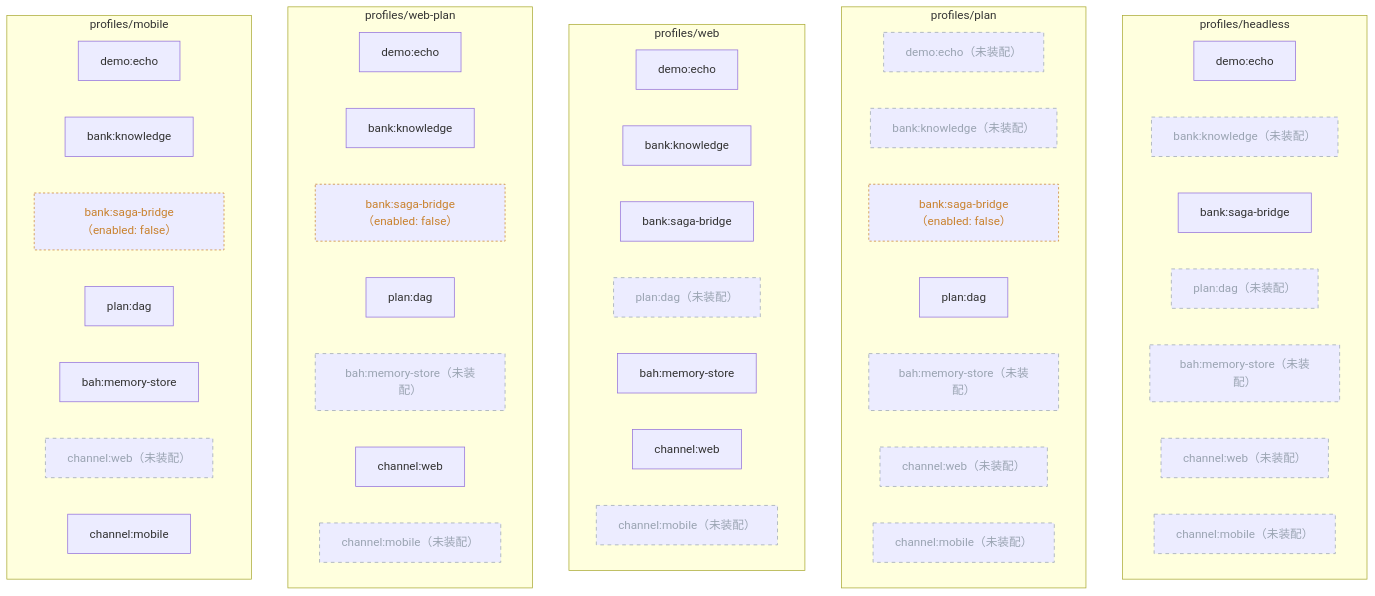
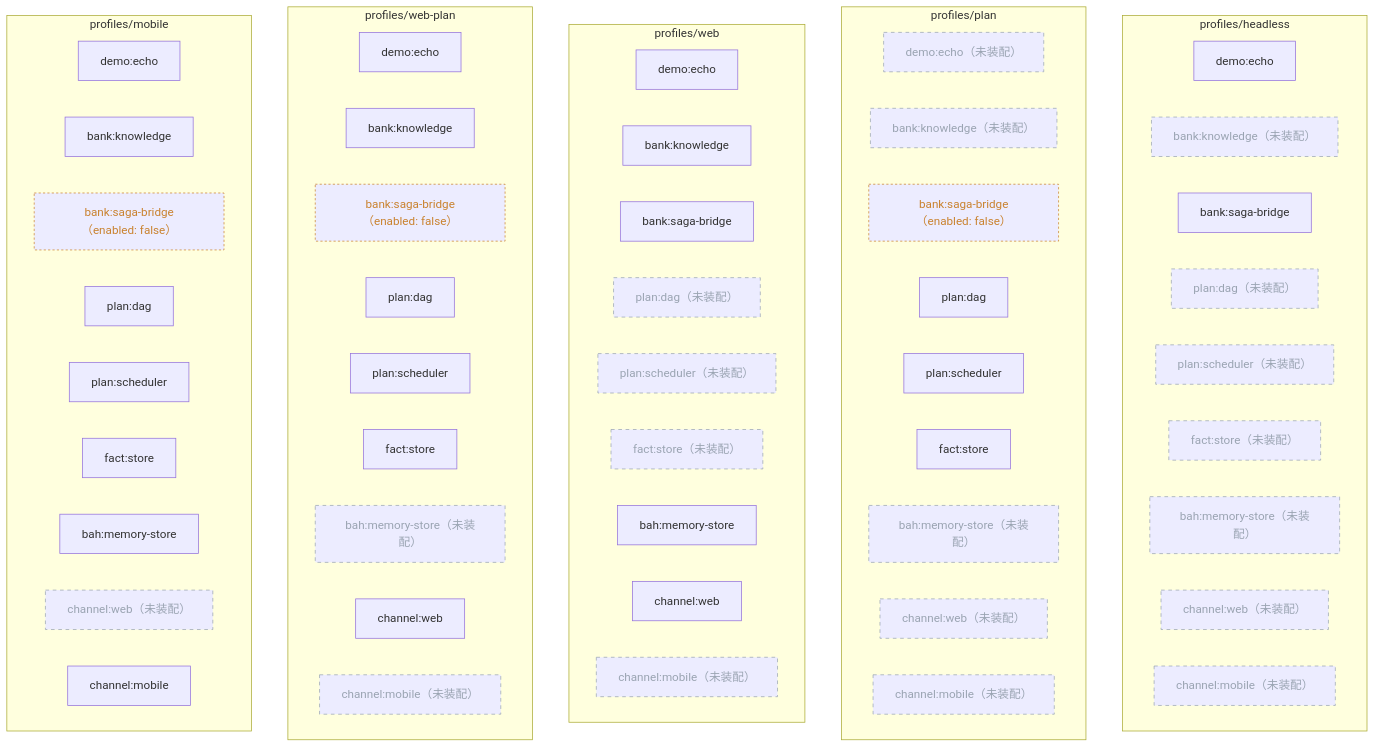
Before and after one commit to YYYPROBEE/BAH: the second of 2 diagrams in docs/architecture.md, drawn with Mermaid. The commit also changed other lines of this file and 93 other files, not shown here.

````diff
--- a/docs/architecture.md
+++ b/docs/architecture.md
@@ -198,52 +205,62 @@
 ```mermaid
 graph TB
   subgraph P_headless["profiles/headless"]
     p8_headless["demo:echo"]
     p11_headless["bank:knowledge（未装配）"]
     p19_headless["bank:saga-bridge"]
     p20_headless["plan:dag（未装配）"]
-    p21_headless["bah:memory-store（未装配）"]
-    p24_headless["channel:web（未装配）"]
-    p25_headless["channel:mobile（未装配）"]
+    p21_headless["plan:scheduler（未装配）"]
+    p22_headless["fact:store（未装配）"]
+    p23_headless["bah:memory-store（未装配）"]
+    p26_headless["channel:web（未装配）"]
+    p27_headless["channel:mobile（未装配）"]
   end
   subgraph P_plan["profiles/plan"]
     p8_plan["demo:echo（未装配）"]
     p11_plan["bank:knowledge（未装配）"]
     p19_plan["bank:saga-bridge（enabled: false）"]
     p20_plan["plan:dag"]
-    p21_plan["bah:memory-store（未装配）"]
-    p24_plan["channel:web（未装配）"]
-    p25_plan["channel:mobile（未装配）"]
+    p21_plan["plan:scheduler"]
+    p22_plan["fact:store"]
+    p23_plan["bah:memory-store（未装配）"]
+    p26_plan["channel:web（未装配）"]
+    p27_plan["channel:mobile（未装配）"]
   end
   subgraph P_web["profiles/web"]
     p8_web["demo:echo"]
     p11_web["bank:knowledge"]
     p19_web["bank:saga-bridge"]
     p20_web["plan:dag（未装配）"]
-    p21_web["bah:memory-store"]
-    p24_web["channel:web"]
-    p25_web["channel:mobile（未装配）"]
+    p21_web["plan:scheduler（未装配）"]
+    p22_web["fact:store（未装配）"]
+    p23_web["bah:memory-store"]
+    p26_web["channel:web"]
+    p27_web["channel:mobile（未装配）"]
   end
   subgraph P_web-plan["profiles/web-plan"]
     p8_web-plan["demo:echo"]
     p11_web-plan["bank:knowledge"]
     p19_web-plan["bank:saga-bridge（enabled: false）"]
     p20_web-plan["plan:dag"]
-    p21_web-plan["bah:memory-store（未装配）"]
-    p24_web-plan["channel:web"]
-    p25_web-plan["channel:mobile（未装配）"]
+    p21_web-plan["plan:scheduler"]
+    p22_web-plan["fact:store"]
+    p23_web-plan["bah:memory-store（未装配）"]
+    p26_web-plan["channel:web"]
+    p27_web-plan["channel:mobile（未装配）"]
   end
   subgraph P_mobile["profiles/mobile"]
     p8_mobile["demo:echo"]
     p11_mobile["bank:knowledge"]
     p19_mobile["bank:saga-bridge（enabled: false）"]
     p20_mobile["plan:dag"]
-    p21_mobile["bah:memory-store"]
-    p24_mobile["channel:web（未装配）"]
-    p25_mobile["channel:mobile"]
+    p21_mobile["plan:scheduler"]
+    p22_mobile["fact:store"]
+    p23_mobile["bah:memory-store"]
+    p26_mobile["channel:web（未装配）"]
+    p27_mobile["channel:mobile"]
   end
   classDef ghost stroke-dasharray: 5 5,stroke:#9aa4b2,color:#9aa4b2
   classDef off stroke-dasharray: 3 3,stroke:#c9822f,color:#c9822f
-  class p11_headless,p20_headless,p21_headless,p24_headless,p25_headless,p8_plan,p11_plan,p21_plan,p24_plan,p25_plan,p20_web,p25_web,p21_web-plan,p25_web-plan,p24_mobile ghost
+  class p11_headless,p20_headless,p21_headless,p22_headless,p23_headless,p26_headless,p27_headless,p8_plan,p11_plan,p23_plan,p26_plan,p27_plan,p20_web,p21_web,p22_web,p27_web,p23_web-plan,p27_web-plan,p26_mobile ghost
   class p19_plan,p19_web-plan,p19_mobile off
 ```
````
